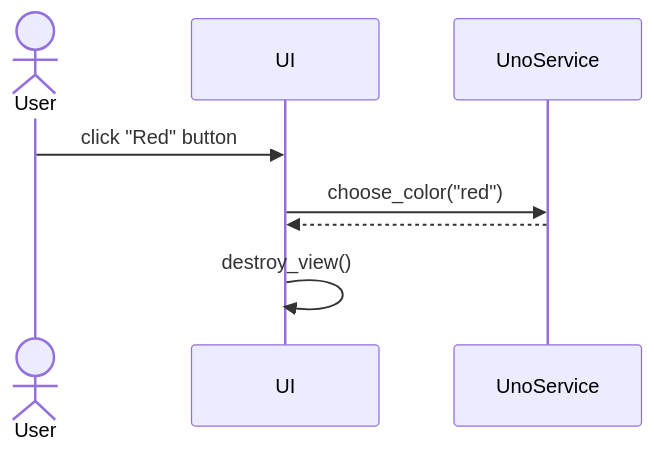
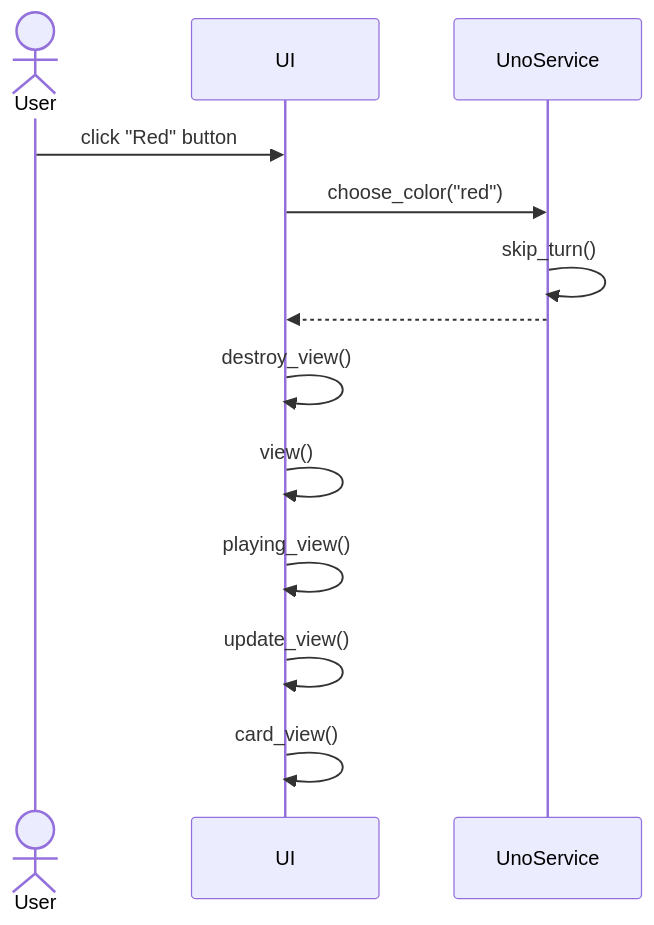
One commit to pinjakokkonen/ot-harjoitustyo changed the fourth of 4 diagrams in dokumentaatio/arkkitehtuuri.md. Above: the diagram before and after it, drawn with Mermaid. The commit also changed other lines of this file and 5 other files, not shown here.

````diff
--- a/dokumentaatio/arkkitehtuuri.md
+++ b/dokumentaatio/arkkitehtuuri.md
@@ -58,10 +111,15 @@
 ```mermaid
 sequenceDiagram
   actor User
   participant UI
   participant UnoService
   User->>UI: click "Red" button
   UI->>UnoService: choose_color("red")
+  UnoService->>UnoService: skip_turn()
   UnoService-->>UI: 
   UI->>UI: destroy_view()
+  UI->>UI: view()
+  UI->>UI: playing_view()
+  UI->>UI: update_view()
+  UI->>UI: card_view()
 ```
````
